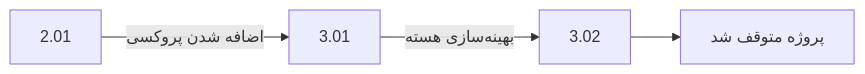
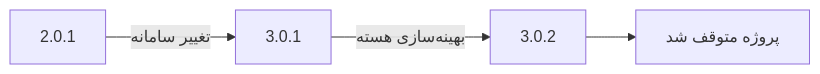
Before and after one commit to Amirhosin282/Dtire: the third of 3 diagrams in README.md, drawn with Mermaid. The commit also changed other lines of this file, not shown here.

````diff
--- a/README.md
+++ b/README.md
@@ -142,6 +142,6 @@
 ```mermaid
 graph LR
-    A[2.01] -->|اضافه شدن پروکسی| B[3.01]
-    B -->|بهینه‌سازی هسته| C[3.02]
+    A[2.0.1] -->|تغییر سامانه| B[3.0.1]
+    B -->|بهینه‌سازی هسته| C[3.0.2]
     C --> D[پروژه متوقف شد]
 ```
````
